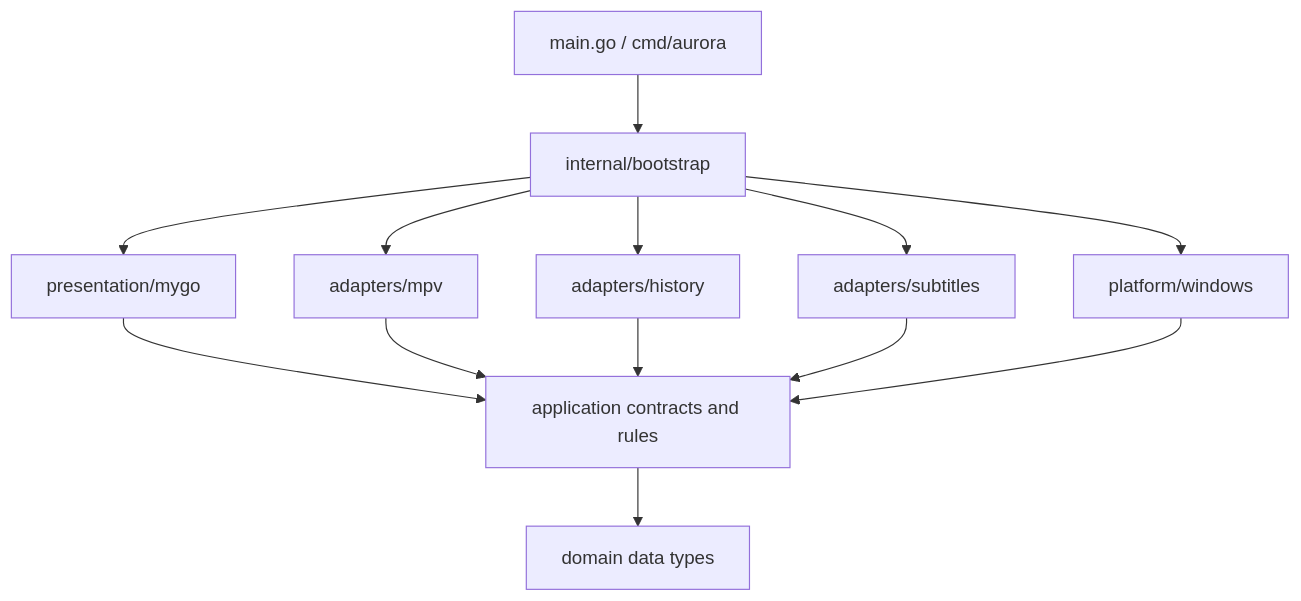
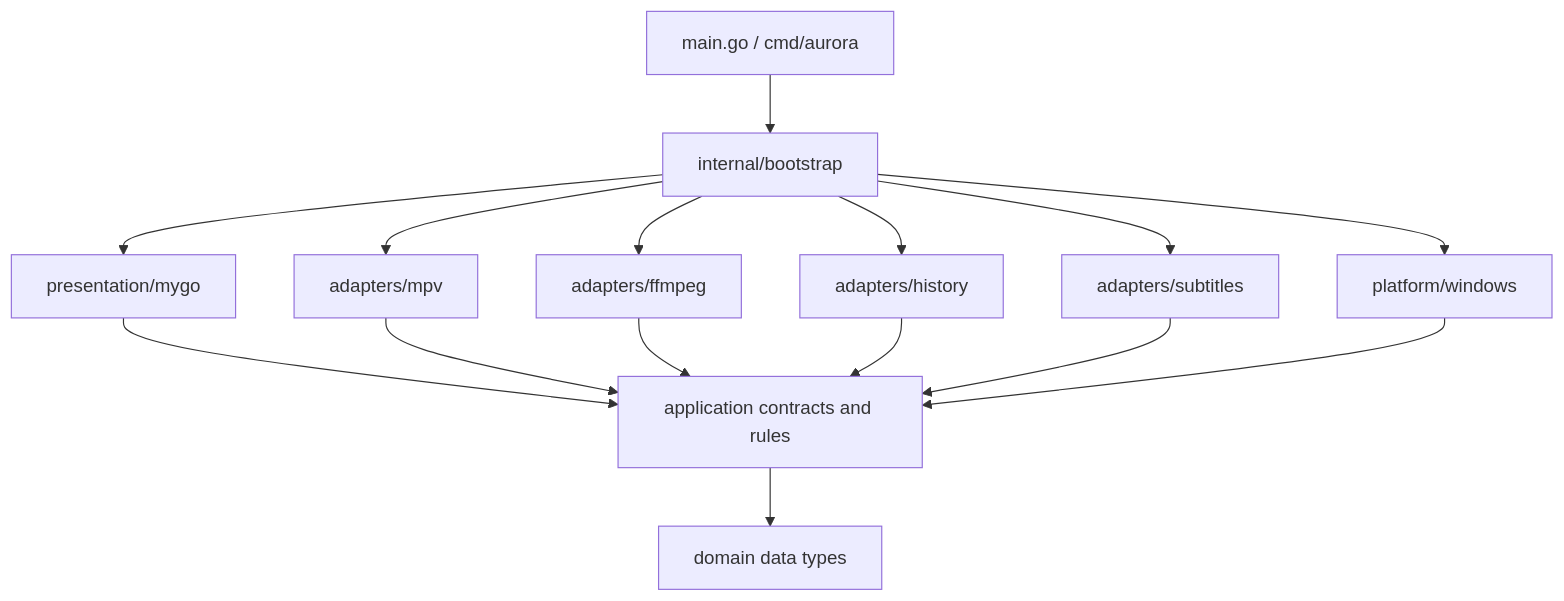
Before and after one commit to amirreza-ashrafi-dev/Aurora: the first of 2 diagrams in docs/DEVELOPER_GUIDE.md, drawn with Mermaid. The commit also changed other lines of this file and 4 other files, not shown here.

Commit message:
Document timeline thumbnail filmstrip

```diff
--- a/docs/DEVELOPER_GUIDE.md
+++ b/docs/DEVELOPER_GUIDE.md
@@ -98,15 +112,17 @@
 ~~~mermaid
 flowchart TD
     Entry["main.go / cmd/aurora"] --> Boot["internal/bootstrap"]
     Boot --> Presentation["presentation/mygo"]
     Boot --> MPV["adapters/mpv"]
+    Boot --> FFmpeg["adapters/ffmpeg"]
     Boot --> History["adapters/history"]
     Boot --> Subs["adapters/subtitles"]
     Boot --> Win["platform/windows"]
     Presentation --> AppPorts["application contracts and rules"]
     MPV --> AppPorts
+    FFmpeg --> AppPorts
     History --> AppPorts
     Subs --> AppPorts
     Win --> AppPorts
     AppPorts --> Domain["domain data types"]
 ~~~
```
